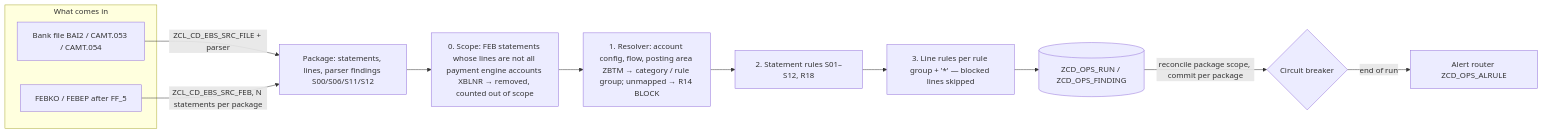
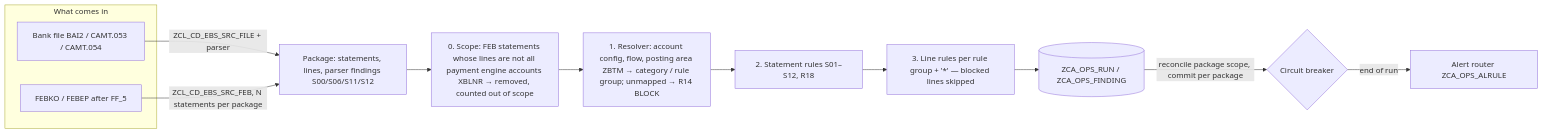
One commit to jaideep247/bai changed the diagram in ops-suite/docs/EBS_VALIDATION.md. Above: the diagram before and after it, drawn with Mermaid. The commit also changed other lines of this file and 777 other files, not shown here.

First line of the commit message:
ops-framework: extract ZCA_OPS from the ops suite - work in progress (sources moved, types / factory / util / params / purge / alert section split) [skip ci]

````diff
--- a/ops-suite/docs/EBS_VALIDATION.md
+++ b/ops-suite/docs/EBS_VALIDATION.md
@@ -142,16 +142,16 @@
 ```mermaid
 flowchart LR
   subgraph IN[What comes in]
     F[Bank file BAI2 / CAMT.053 / CAMT.054]
     I[FEBKO / FEBEP after FF_5]
   end
   F -->|ZCL_CD_EBS_SRC_FILE + parser| P[Package: statements, lines, parser findings S00/S06/S11/S12]
   I -->|ZCL_CD_EBS_SRC_FEB, N statements per package| P
   P --> E0[0. Scope: FEB statements whose lines are not all payment engine accounts XBLNR → removed, counted out of scope]
   E0 --> E1[1. Resolver: account config, flow, posting area ZBTM → category / rule group; unmapped → R14 BLOCK]
   E1 --> E2[2. Statement rules S01–S12, R18]
   E2 --> E3[3. Line rules per rule group + '*' — blocked lines skipped]
-  E3 --> ST[(ZCD_OPS_RUN / ZCD_OPS_FINDING)]
+  E3 --> ST[(ZCA_OPS_RUN / ZCA_OPS_FINDING)]
   ST -->|reconcile package scope, commit per package| CB{Circuit breaker}
-  CB -->|end of run| AL[Alert router ZCD_OPS_ALRULE]
+  CB -->|end of run| AL[Alert router ZCA_OPS_ALRULE]
 ```
````
